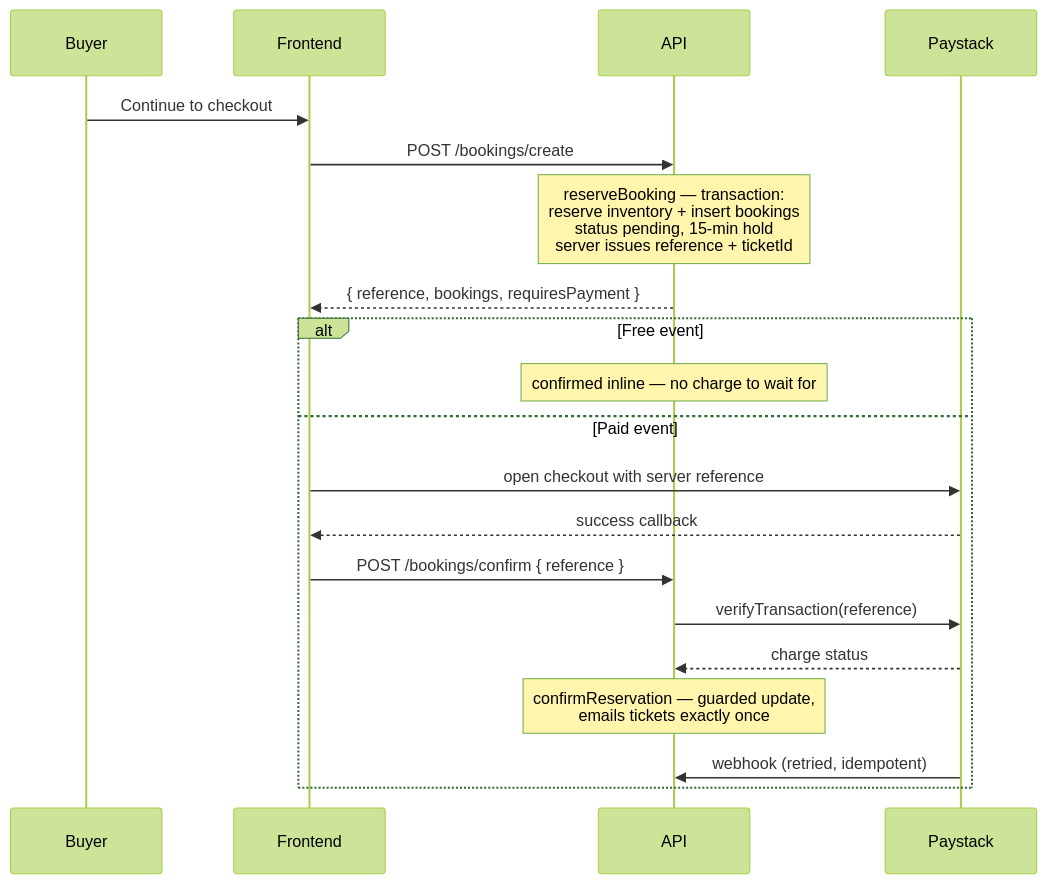
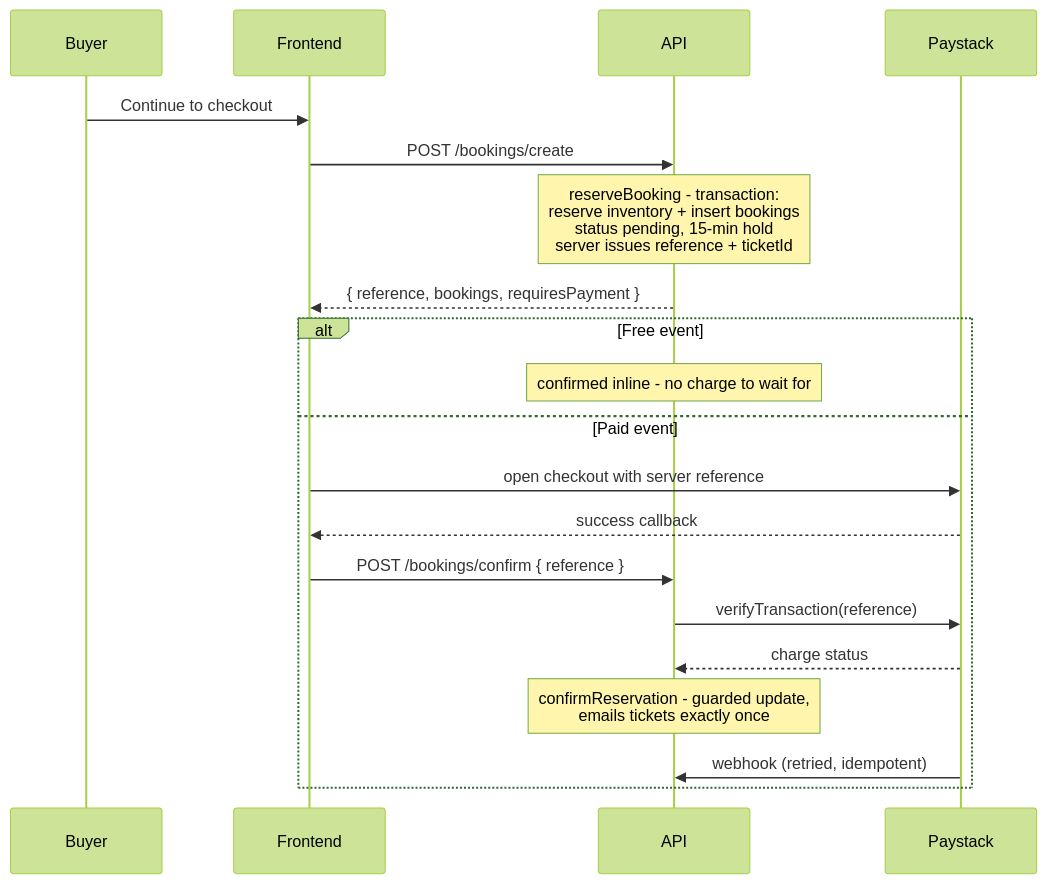
The third of 3 diagrams in docs/technical-documentation.md (dLuxKid/ticketflow), drawn with Mermaid (forest theme) before and after one commit. The commit also changed other lines of this file and 191 other files, not shown here.

````diff
--- a/docs/technical-documentation.md
+++ b/docs/technical-documentation.md
@@ -336,23 +336,23 @@
 ```mermaid
 sequenceDiagram
     participant B as Buyer
     participant F as Frontend
     participant A as API
     participant P as Paystack
 
     B->>F: Continue to checkout
     F->>A: POST /bookings/create
-    Note over A: reserveBooking — transaction:<br/>reserve inventory + insert bookings<br/>status pending, 15-min hold<br/>server issues reference + ticketId
+    Note over A: reserveBooking - transaction:<br/>reserve inventory + insert bookings<br/>status pending, 15-min hold<br/>server issues reference + ticketId
     A-->>F: { reference, bookings, requiresPayment }
     alt Free event
-        Note over A: confirmed inline — no charge to wait for
+        Note over A: confirmed inline - no charge to wait for
     else Paid event
         F->>P: open checkout with server reference
         P-->>F: success callback
         F->>A: POST /bookings/confirm { reference }
         A->>P: verifyTransaction(reference)
         P-->>A: charge status
-        Note over A: confirmReservation — guarded update,<br/>emails tickets exactly once
+        Note over A: confirmReservation - guarded update,<br/>emails tickets exactly once
         P->>A: webhook (retried, idempotent)
     end
 ```
````
